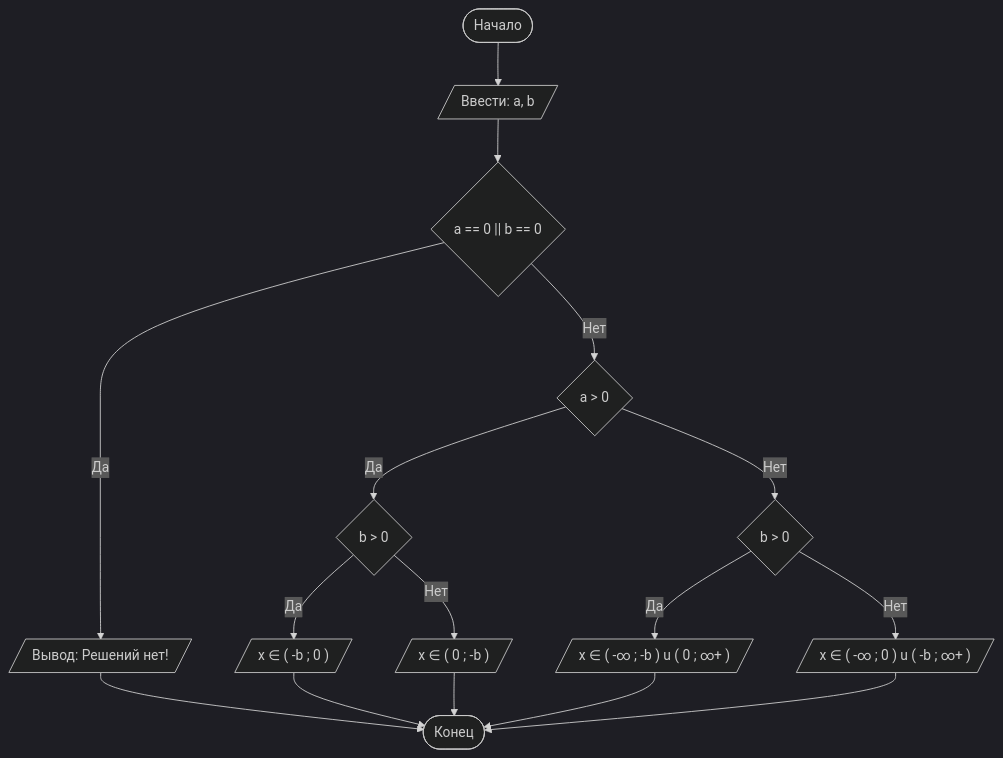
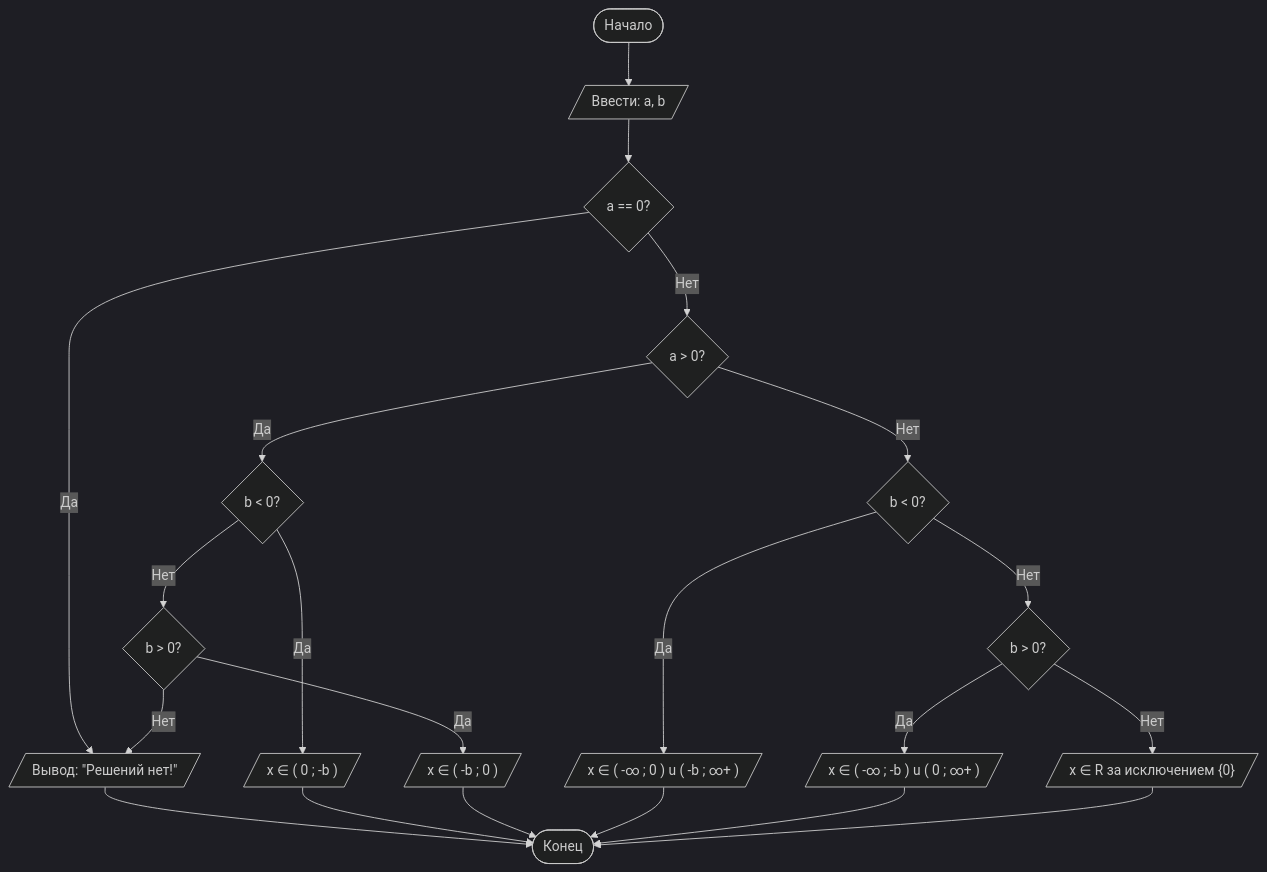
One commit to sqvips/LabN1 changed the diagram in README.md. Above: the diagram before and after it, drawn with Mermaid (dark theme). The commit also changed other lines of this file, not shown here.

````diff
--- a/README.md
+++ b/README.md
@@ -88,18 +90,23 @@
 ```mermaid
 graph TD
     A([Начало]) --> B[/Ввести: a, b/]
-    B --> C{"a == 0 || b == 0"}
-    C -- Да --> D[/Вывод: Решений нет!/]
+    B --> C{"a == 0?"}
+    C -- Да --> D[/Вывод: "Решений нет!"/]
     D --> Z([Конец])
-    C -- Нет --> E{a > 0}
-    E -- Да --> F{b > 0}
-    F -- Да --> G[/"x ∈ ( -b ; 0 )"/]
-    F -- Нет --> H[/"x ∈ ( 0 ; -b )"/]
-    E -- Нет --> I{b > 0}
-    I -- Да --> J[/"x ∈ ( -∞ ; -b ) u ( 0 ; ∞+ )"/]
-    I -- Нет --> K[/"x ∈ ( -∞ ; 0 ) u ( -b ; ∞+ )"/]
+    C -- Нет --> E{"a > 0?"}
+    E -- Да --> F{"b < 0?"}
+    F -- Да --> G[/"x ∈ ( 0 ; -b )"/]
+    F -- Нет --> H{"b > 0?"}
+    H -- Да --> I[/"x ∈ ( -b ; 0 )"/]
+    H -- Нет --> D
+    E -- Нет --> J{"b < 0?"}
+    J -- Да --> K[/"x ∈ ( -∞ ; 0 ) u ( -b ; ∞+ )"/]
+    J -- Нет --> L{"b > 0?"}
+    L -- Да --> M[/"x ∈ ( -∞ ; -b ) u ( 0 ; ∞+ )"/]
+    L -- Нет --> N[/"x ∈ R за исключением {0}"/]
     G --> Z
-    H --> Z
-    J --> Z
+    I --> Z
     K --> Z
+    M --> Z
+    N --> Z
 ```
````
